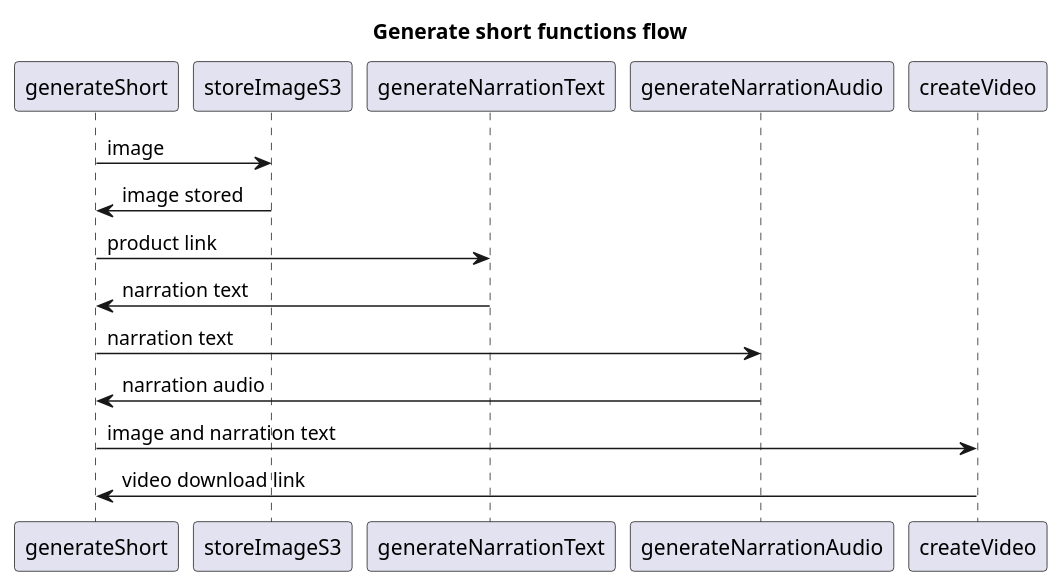
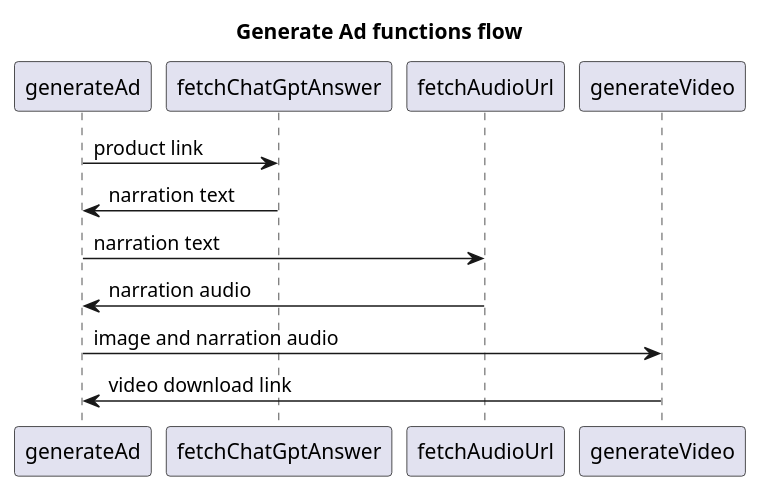
One commit to Alex-Ruzsicska/shorts-generator changed the diagram in src/docs/generate-short-flow.puml. Above: the diagram before and after it, drawn with PlantUML. The commit also changed 69 other files, not shown here.

```diff
--- a/src/docs/generate-short-flow.puml
+++ b/src/docs/generate-short-flow.puml
@@ -1,15 +1,12 @@
 @startuml Generate short functions flow
-title Generate short functions flow
+title Generate Ad functions flow
 
-generateShort -> storeImageS3 : image
-storeImageS3 -> generateShort : image stored
+generateAd -> fetchChatGptAnswer : product link
+fetchChatGptAnswer -> generateAd : narration text
 
-generateShort -> generateNarrationText : product link
-generateNarrationText -> generateShort : narration text
+generateAd -> fetchAudioUrl : narration text
+fetchAudioUrl -> generateAd : narration audio
 
-generateShort -> generateNarrationAudio : narration text
-generateNarrationAudio -> generateShort : narration audio
-
-generateShort -> createVideo : image and narration text
-createVideo -> generateShort : video download link
+generateAd -> generateVideo : image and narration audio
+generateVideo -> generateAd : video download link
 @enduml
```
